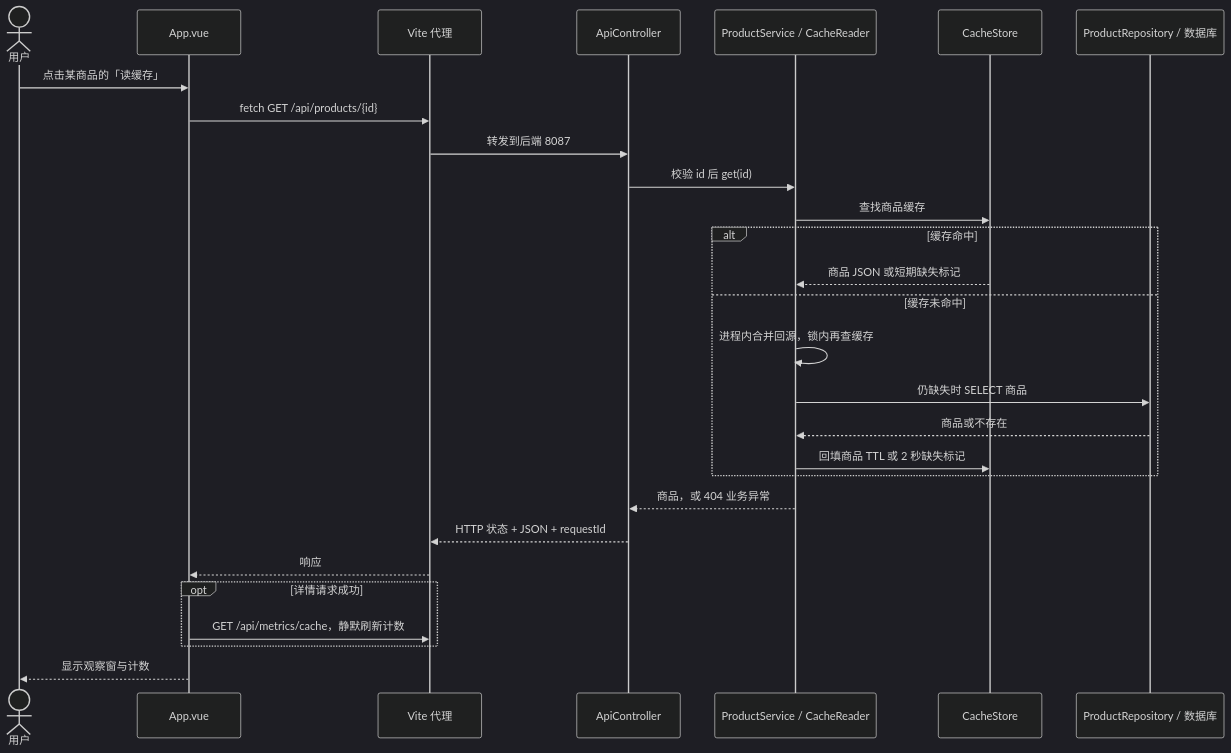
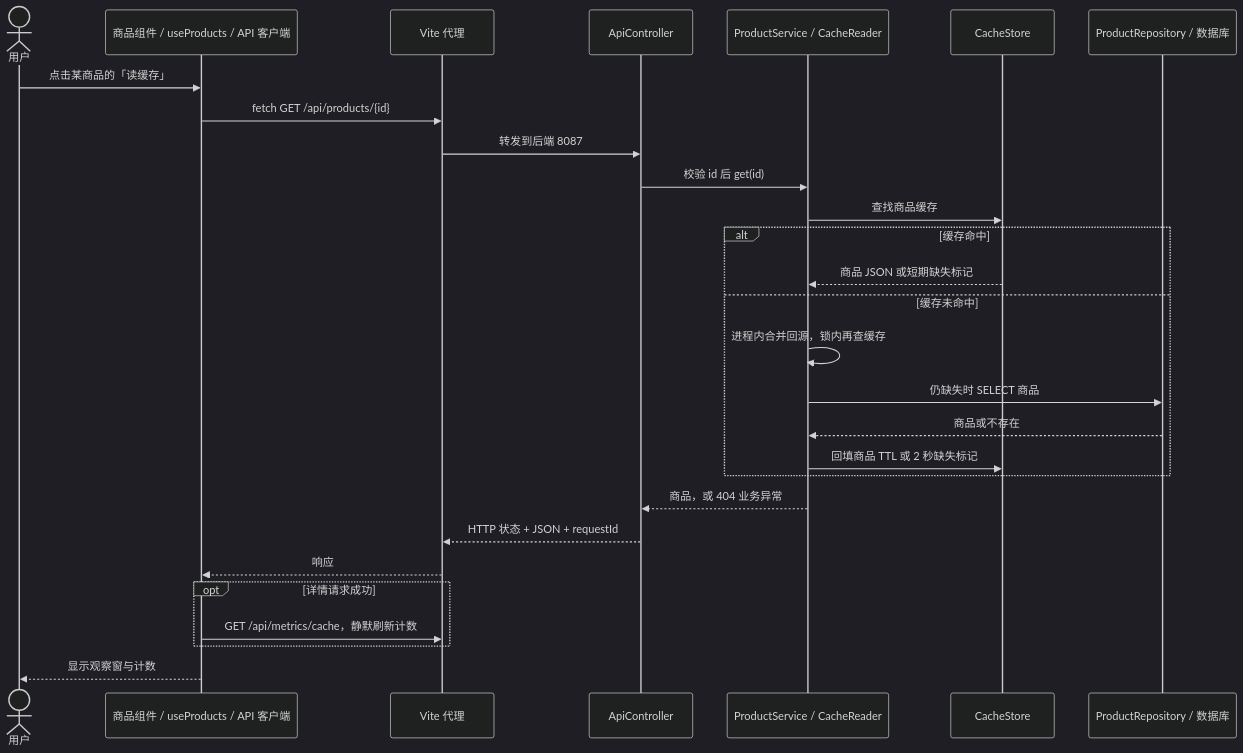
Before and after one commit to liangzhao346/fullstack-learning-lab: the second of 3 diagrams in docs/learning/project-architecture-and-usage.md, drawn with Mermaid (dark theme). The commit also changed other lines of this file and 50 other files, not shown here.

````diff
--- a/docs/learning/project-architecture-and-usage.md
+++ b/docs/learning/project-architecture-and-usage.md
@@ -75,30 +75,30 @@
 ```mermaid
 sequenceDiagram
     actor U as 用户
-    participant V as App.vue
+    participant V as 商品组件 / useProducts / API 客户端
     participant P as Vite 代理
     participant C as ApiController
     participant S as ProductService / CacheReader
     participant K as CacheStore
     participant D as ProductRepository / 数据库
     U->>V: 点击某商品的「读缓存」
     V->>P: fetch GET /api/products/{id}
     P->>C: 转发到后端 8087
     C->>S: 校验 id 后 get(id)
     S->>K: 查找商品缓存
     alt 缓存命中
         K-->>S: 商品 JSON 或短期缺失标记
     else 缓存未命中
         S->>S: 进程内合并回源，锁内再查缓存
         S->>D: 仍缺失时 SELECT 商品
         D-->>S: 商品或不存在
         S->>K: 回填商品 TTL 或 2 秒缺失标记
     end
     S-->>C: 商品，或 404 业务异常
     C-->>P: HTTP 状态 + JSON + requestId
     P-->>V: 响应
     opt 详情请求成功
         V->>P: GET /api/metrics/cache，静默刷新计数
     end
     V-->>U: 显示观察窗与计数
 ```
````
